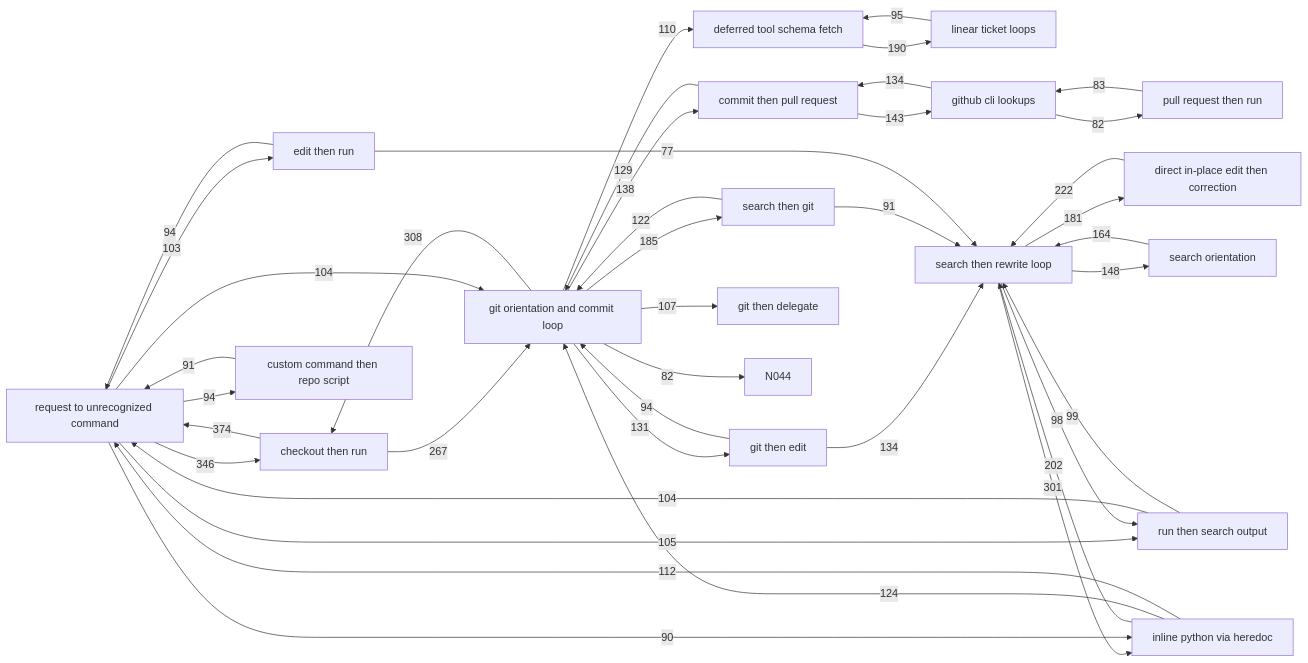
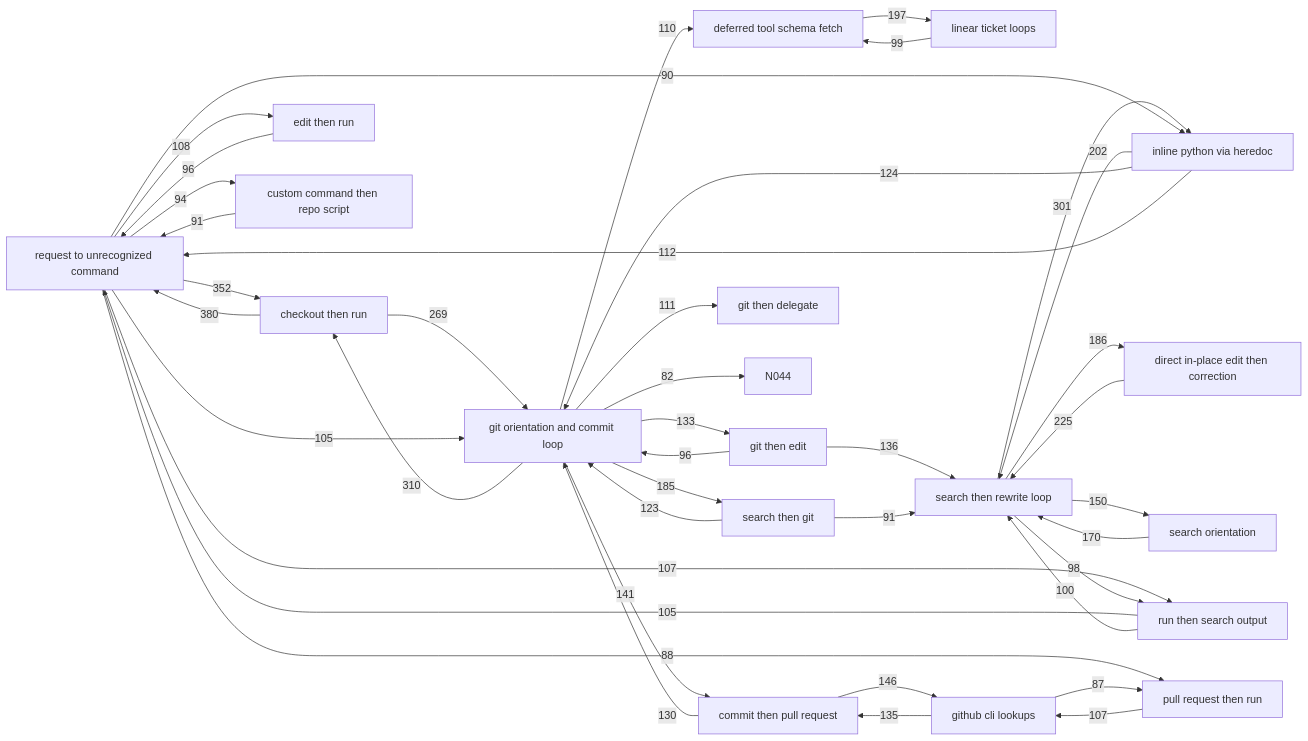
One commit to aidanff/comb changed the diagram in candidates.md. Above: the diagram before and after it, drawn with Mermaid. The commit also changed other lines of this file and 2 other files, not shown here.

````diff
--- a/candidates.md
+++ b/candidates.md
@@ -443,62 +449,62 @@
 ```mermaid
 graph LR
   N001["deferred tool schema fetch"]
   N002["request to unrecognized command"]
   N003["git orientation and commit loop"]
   N004["linear ticket loops"]
   N006["inline python via heredoc"]
   N007["search then rewrite loop"]
   N009["checkout then run"]
   N010["direct in-place edit then correction"]
   N012["search orientation"]
   N014["edit then run"]
   N015["github cli lookups"]
   N016["run then search output"]
   N017["git then edit"]
   N019["commit then pull request"]
   N020["custom command then repo script"]
   N023["pull request then run"]
   N028["search then git"]
   N037["git then delegate"]
   N044["N044"]
-  N009 -->|374| N002
-  N002 -->|346| N009
-  N003 -->|308| N009
+  N009 -->|380| N002
+  N002 -->|352| N009
+  N003 -->|310| N009
   N007 -->|301| N006
-  N009 -->|267| N003
-  N010 -->|222| N007
+  N009 -->|269| N003
+  N010 -->|225| N007
   N006 -->|202| N007
-  N001 -->|190| N004
+  N001 -->|197| N004
+  N007 -->|186| N010
   N003 -->|185| N028
-  N007 -->|181| N010
-  N012 -->|164| N007
-  N007 -->|148| N012
-  N019 -->|143| N015
-  N003 -->|138| N019
-  N015 -->|134| N019
-  N017 -->|134| N007
-  N003 -->|131| N017
-  N019 -->|129| N003
+  N012 -->|170| N007
+  N007 -->|150| N012
+  N019 -->|146| N015
+  N003 -->|141| N019
+  N017 -->|136| N007
+  N015 -->|135| N019
+  N003 -->|133| N017
+  N019 -->|130| N003
   N006 -->|124| N003
-  N028 -->|122| N003
+  N028 -->|123| N003
   N006 -->|112| N002
+  N003 -->|111| N037
   N003 -->|110| N001
-  N003 -->|107| N037
-  N002 -->|105| N016
-  N002 -->|104| N003
-  N016 -->|104| N002
-  N002 -->|103| N014
-  N016 -->|99| N007
+  N002 -->|108| N014
+  N002 -->|107| N016
+  N023 -->|107| N015
+  N002 -->|105| N003
+  N016 -->|105| N002
+  N016 -->|100| N007
+  N004 -->|99| N001
   N007 -->|98| N016
-  N004 -->|95| N001
+  N014 -->|96| N002
+  N017 -->|96| N003
   N002 -->|94| N020
-  N014 -->|94| N002
-  N017 -->|94| N003
   N020 -->|91| N002
   N028 -->|91| N007
   N002 -->|90| N006
-  N023 -->|83| N015
+  N002 -->|88| N023
+  N015 -->|87| N023
   N003 -->|82| N044
-  N015 -->|82| N023
-  N014 -->|77| N007
 ```
````
